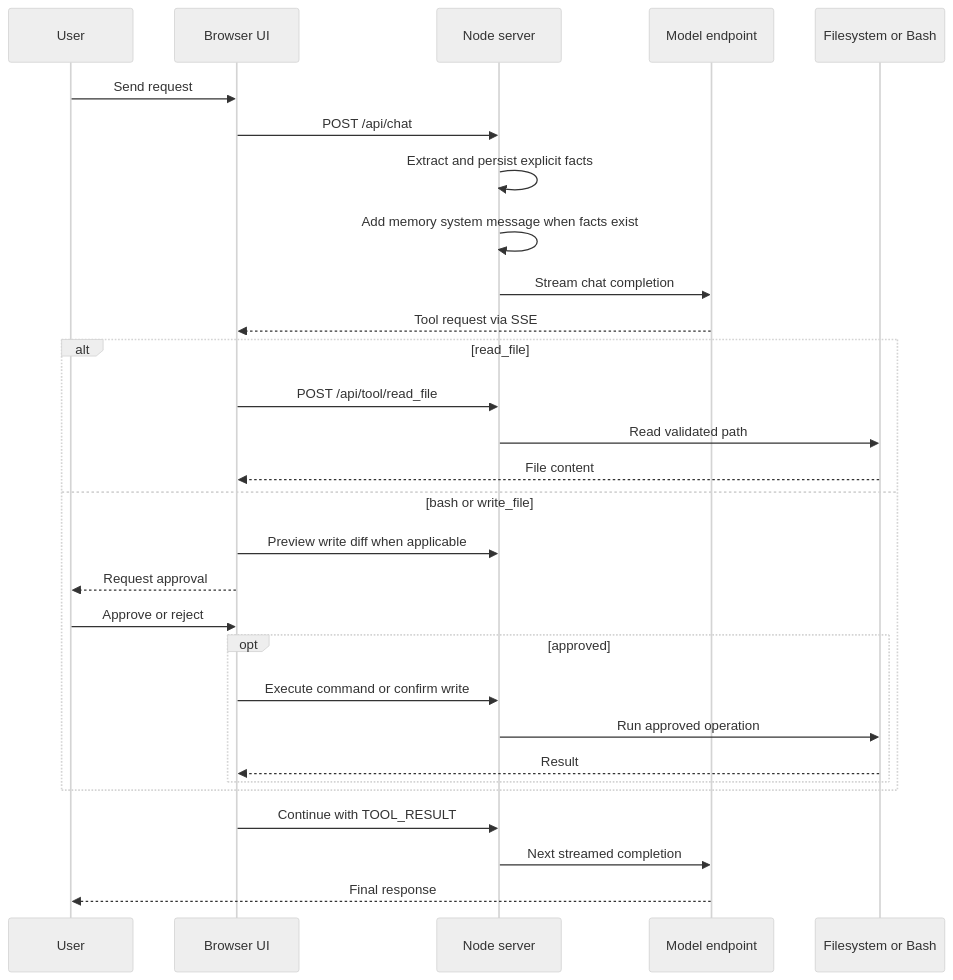
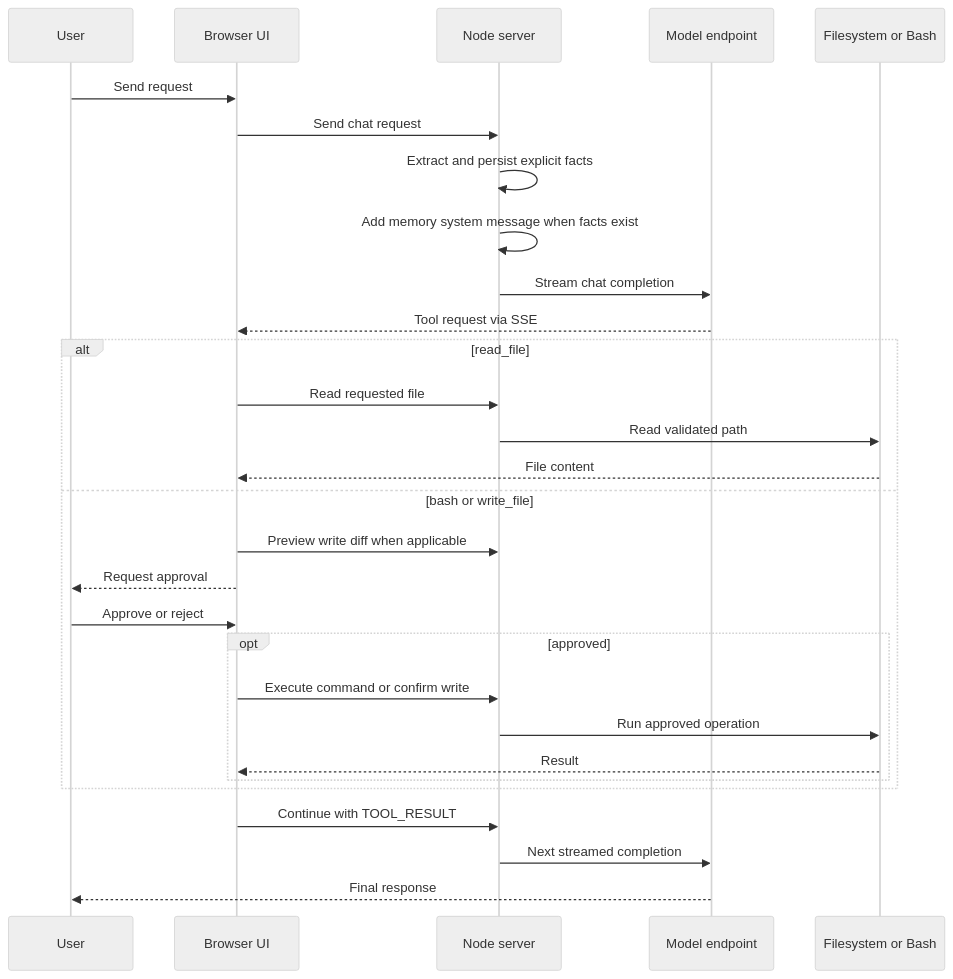
Before and after one commit to cschladetsch/NodeGLM-5: the third of 4 diagrams in Readme.md, drawn with Mermaid (neutral theme). The commit also changed other lines of this file and 8 other files, not shown here.

Commit message:
Add chat image handling and API docs

````diff
--- a/Readme.md
+++ b/Readme.md
@@ -174,32 +176,32 @@
 ```mermaid
 sequenceDiagram
     participant User
     participant UI as Browser UI
     participant API as Node server
     participant LLM as Model endpoint
     participant Local as Filesystem or Bash
 
     User->>UI: Send request
-    UI->>API: POST /api/chat
+    UI->>API: Send chat request
     API->>API: Extract and persist explicit facts
     API->>API: Add memory system message when facts exist
     API->>LLM: Stream chat completion
     LLM-->>UI: Tool request via SSE
     alt read_file
-        UI->>API: POST /api/tool/read_file
+        UI->>API: Read requested file
         API->>Local: Read validated path
         Local-->>UI: File content
     else bash or write_file
         UI->>API: Preview write diff when applicable
         UI-->>User: Request approval
         User->>UI: Approve or reject
         opt approved
             UI->>API: Execute command or confirm write
             API->>Local: Run approved operation
             Local-->>UI: Result
         end
     end
     UI->>API: Continue with TOOL_RESULT
     API->>LLM: Next streamed completion
     LLM-->>User: Final response
 ```
````
